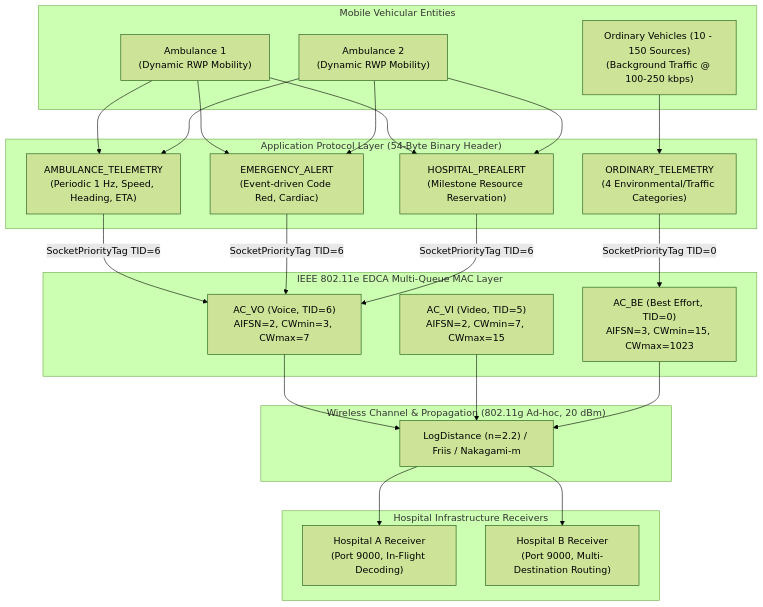
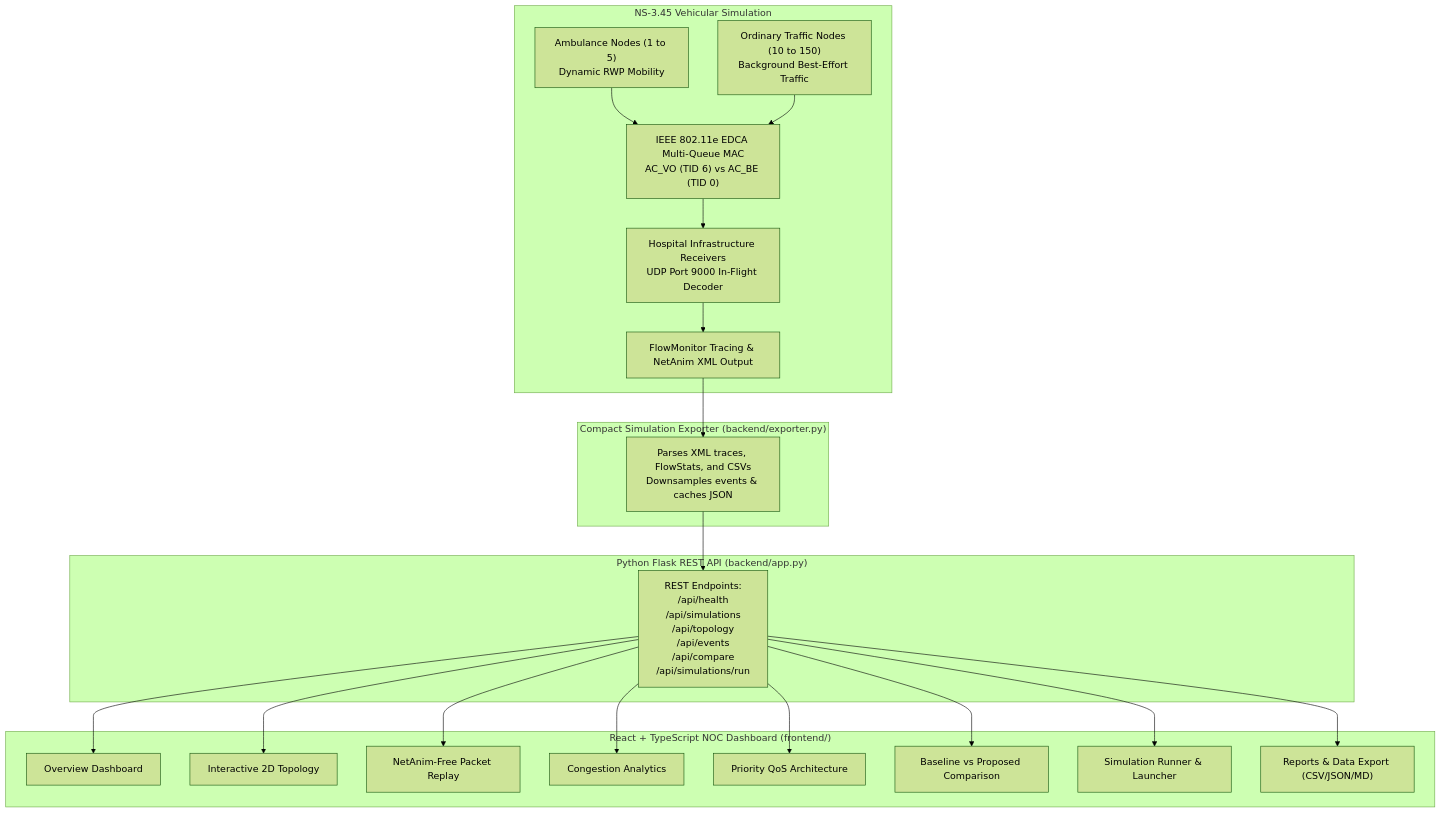
The diagram in README.md (Ashvinigowda/SmartAmbulanceNetworking), drawn with Mermaid (forest theme) before and after one commit. The commit also changed other lines of this file and 33 other files, not shown here.

Commit message:
feat: Add interactive NS-3 simulation dashboard, Flask backend, and light technical console

````diff
--- a/README.md
+++ b/README.md
@@ -28,40 +18,36 @@
 ```mermaid
-graph TD
-    subgraph MobileVehicularEntities["Mobile Vehicular Entities"]
-        Amb1["Ambulance 1<br/>(Dynamic RWP Mobility)"]
-        Amb2["Ambulance 2<br/>(Dynamic RWP Mobility)"]
-        OrdNodes["Ordinary Vehicles (10 - 150 Sources)<br/>(Background Traffic @ 100-250 kbps)"]
+flowchart TD
+    subgraph NS3Simulation["NS-3.45 Vehicular Simulation"]
+        Amb["Ambulance Nodes (1 to 5)<br/>Dynamic RWP Mobility"]
+        Ord["Ordinary Traffic Nodes (10 to 150)<br/>Background Best-Effort Traffic"]
+        Mac["IEEE 802.11e EDCA Multi-Queue MAC<br/>AC_VO (TID 6) vs AC_BE (TID 0)"]
+        Hosp["Hospital Infrastructure Receivers<br/>UDP Port 9000 In-Flight Decoder"]
+        FlowMon["FlowMonitor Tracing & NetAnim XML Output"]
+        Amb --> Mac
+        Ord --> Mac
+        Mac --> Hosp
+        Hosp --> FlowMon
     end
 
-    subgraph ApplicationLayer["Application Protocol Layer (54-Byte Binary Header)"]
-        T1["AMBULANCE_TELEMETRY<br/>(Periodic 1 Hz, Speed, Heading, ETA)"]
-        T2["EMERGENCY_ALERT<br/>(Event-driven Code Red, Cardiac)"]
-        T3["HOSPITAL_PREALERT<br/>(Milestone Resource Reservation)"]
-        T4["ORDINARY_TELEMETRY<br/>(4 Environmental/Traffic Categories)"]
+    subgraph CompactExporter["Compact Simulation Exporter (backend/exporter.py)"]
+        Exp["Parses XML traces, FlowStats, and CSVs<br/>Downsamples events & caches JSON"]
+        FlowMon --> Exp
     end
 
-    subgraph MACLayer["IEEE 802.11e EDCA Multi-Queue MAC Layer"]
-        QVO["AC_VO (Voice, TID=6)<br/>AIFSN=2, CWmin=3, CWmax=7"]
-        QVI["AC_VI (Video, TID=5)<br/>AIFSN=2, CWmin=7, CWmax=15"]
-        QBE["AC_BE (Best Effort, TID=0)<br/>AIFSN=3, CWmin=15, CWmax=1023"]
+    subgraph FlaskBackend["Python Flask REST API (backend/app.py)"]
+        API["REST Endpoints:<br/>/api/health<br/>/api/simulations<br/>/api/topology<br/>/api/events<br/>/api/compare<br/>/api/simulations/run"]
+        Exp --> API
     end
 
-    subgraph ChannelPHY["Wireless Channel & Propagation (802.11g Ad-hoc, 20 dBm)"]
-        Chan["LogDistance (n=2.2) / Friis / Nakagami-m"]
+    subgraph ReactFrontend["React + TypeScript NOC Dashboard (frontend/)"]
+        P1["Overview Dashboard"]
+        P2["Interactive 2D Topology"]
+        P3["NetAnim-Free Packet Replay"]
+        P4["Congestion Analytics"]
+        P5["Priority QoS Architecture"]
+        P6["Baseline vs Proposed Comparison"]
+        P7["Simulation Runner & Launcher"]
+        P8["Reports & Data Export (CSV/JSON/MD)"]
+        API --> P1 & P2 & P3 & P4 & P5 & P6 & P7 & P8
     end
-
-    subgraph InfrastructureReceivers["Hospital Infrastructure Receivers"]
-        Hosp1["Hospital A Receiver<br/>(Port 9000, In-Flight Decoding)"]
-        Hosp2["Hospital B Receiver<br/>(Port 9000, Multi-Destination Routing)"]
-    end
-
-    Amb1 --> T1 & T2 & T3
-    Amb2 --> T1 & T2 & T3
-    OrdNodes --> T4
-
-    T1 & T2 & T3 -->|SocketPriorityTag TID=6| QVO
-    T4 -->|SocketPriorityTag TID=0| QBE
-
-    QVO & QVI & QBE --> Chan
-    Chan --> Hosp1 & Hosp2
 ```
````
